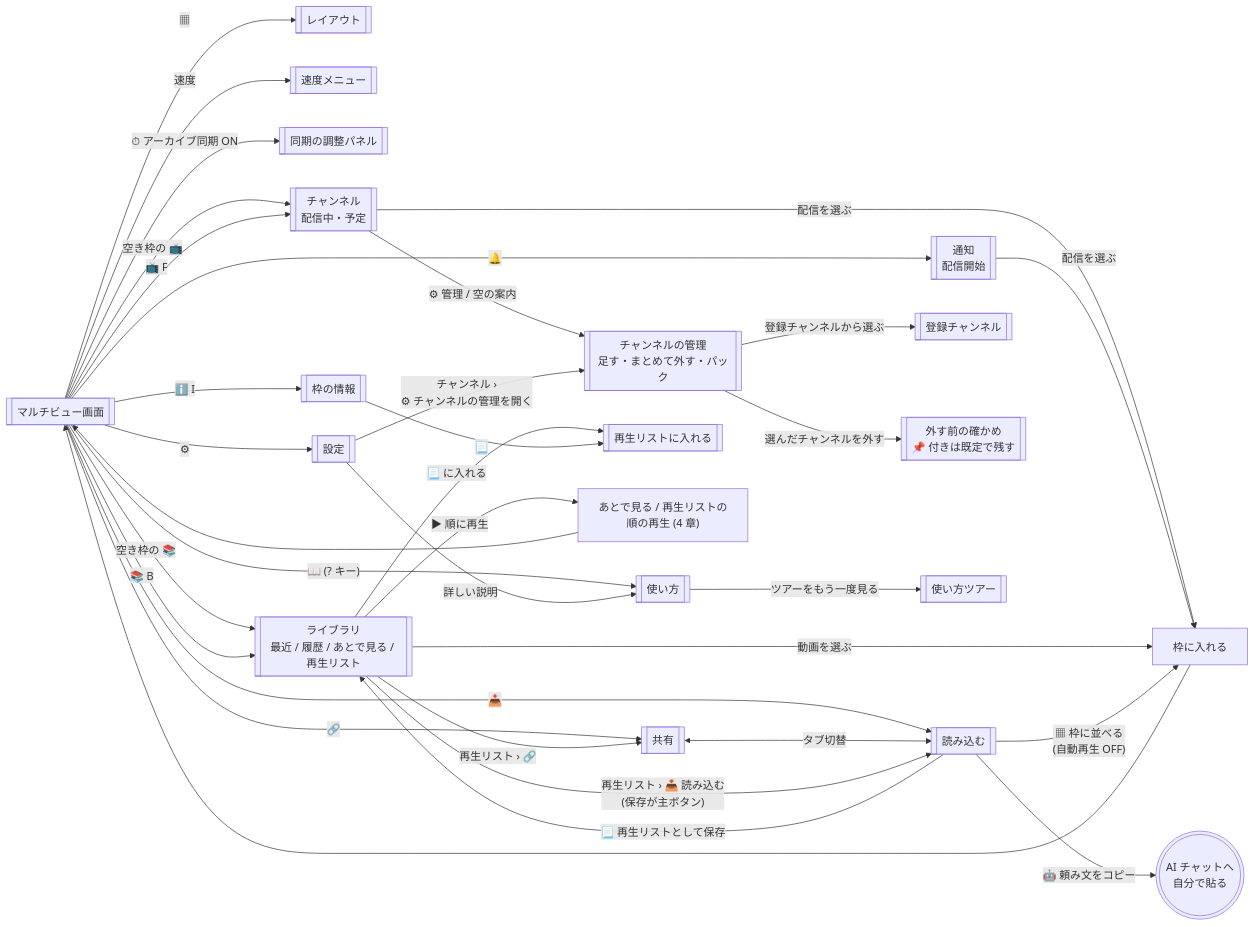
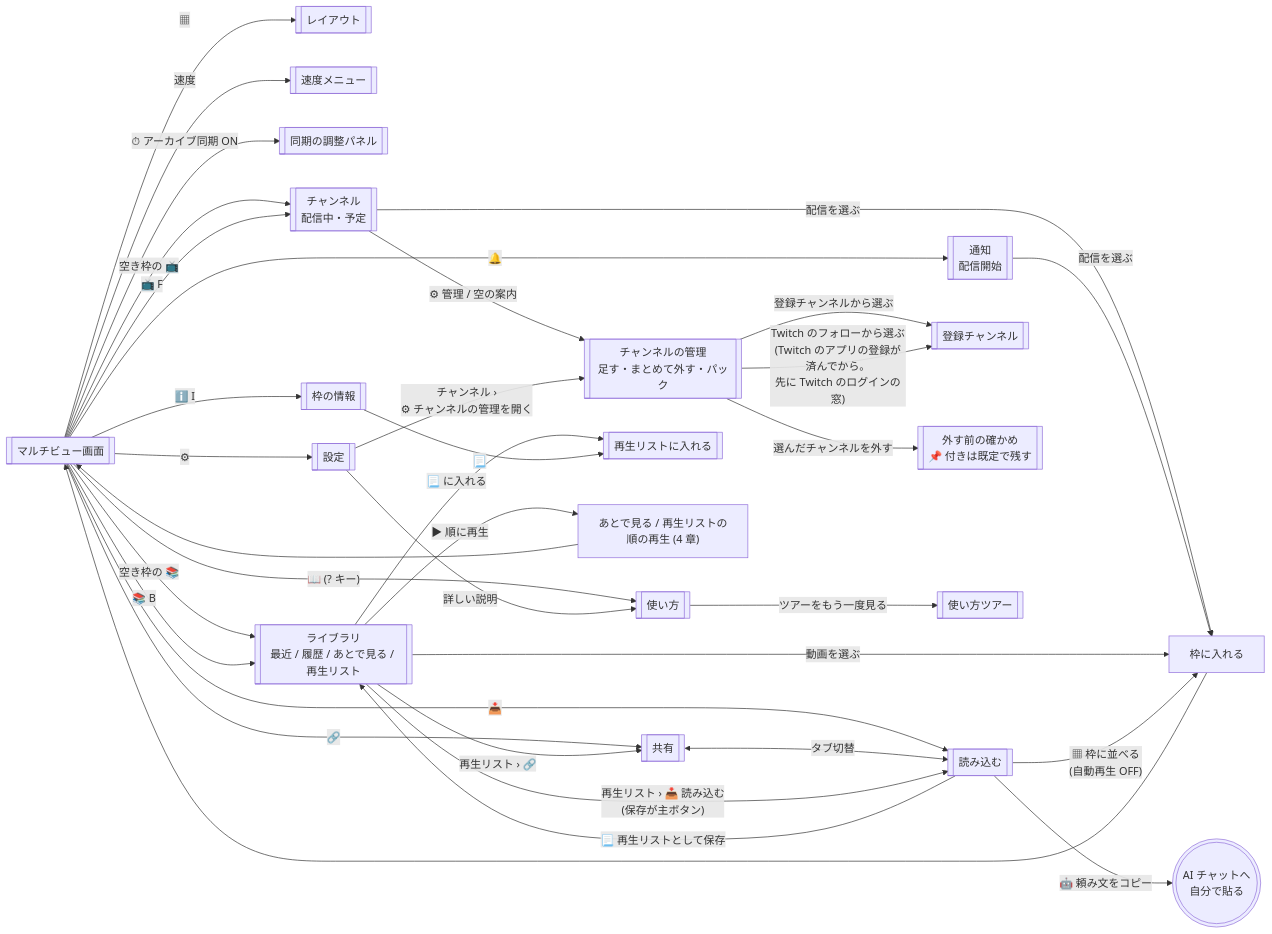
One commit to contee213/hakomado changed the third of 5 diagrams in docs/screen-flow.md. Above: the diagram before and after it, drawn with Mermaid. The commit also changed 16 other files, not shown here.

````diff
--- a/docs/screen-flow.md
+++ b/docs/screen-flow.md
@@ -84,37 +84,38 @@
 ```mermaid
 flowchart LR
   MAIN[["マルチビュー画面"]]
   MAIN -- "▦" --> LAY[["レイアウト"]]
   MAIN -- "速度" --> SPD[["速度メニュー"]]
   MAIN -- "⏱ アーカイブ同期 ON" --> DOCK[["同期の調整パネル"]]
   MAIN -- "空き枠の 📺" --> CH
   MAIN -- "空き枠の 📚" --> LIB
   MAIN -- "🔔" --> NOT[["通知<br>配信開始"]]
   MAIN -- "📺 F" --> CH[["チャンネル<br>配信中・予定"]]
   MAIN -- "📚 B" --> LIB[["ライブラリ<br>最近 / 履歴 / あとで見る / 再生リスト"]]
   MAIN -- "ℹ️ I" --> INFO[["枠の情報"]]
   MAIN -- "🔗" --> SH[["共有"]]
   MAIN -- "📥" --> RD[["読み込む"]]
   MAIN -- "⚙" --> SET[["設定"]]
   MAIN -- "📖 (? キー)" --> HELP[["使い方"]]
   SH <-- "タブ切替" --> RD
   CH -- "⚙ 管理 / 空の案内" --> CM[["チャンネルの管理<br>足す・まとめて外す・パック"]]
   SET -- "チャンネル ›<br>⚙ チャンネルの管理を開く" --> CM
   CM -- "登録チャンネルから選ぶ" --> SUBS[["登録チャンネル"]]
+  CM -- "Twitch のフォローから選ぶ<br>(Twitch のアプリの登録が済んでから。<br>先に Twitch のログインの窓)" --> SUBS
   CM -- "選んだチャンネルを外す" --> CMC[["外す前の確かめ<br>📌 付きは既定で残す"]]
   SET -- "詳しい説明" --> HELP
   HELP -- "ツアーをもう一度見る" --> TOUR[["使い方ツアー"]]
   CH -- "配信を選ぶ" --> TILE["枠に入れる"]
   NOT -- "配信を選ぶ" --> TILE
   LIB -- "動画を選ぶ" --> TILE
   LIB -- "📃 に入れる" --> PLP[["再生リストに入れる"]]
   LIB -- "▶ 順に再生" --> Q["あとで見る / 再生リストの<br>順の再生 (4 章)"]
   LIB -- "再生リスト › 📥 読み込む<br>(保存が主ボタン)" --> RD
   LIB -- "再生リスト › 🔗" --> SH
   INFO -- "📃" --> PLP
   RD -- "▦ 枠に並べる<br>(自動再生 OFF)" --> TILE
   RD -- "📃 再生リストとして保存" --> LIB
   RD -- "🤖 頼み文をコピー" --> AI((("AI チャットへ<br>自分で貼る")))
   TILE --> MAIN
   Q --> MAIN
 ```
````
